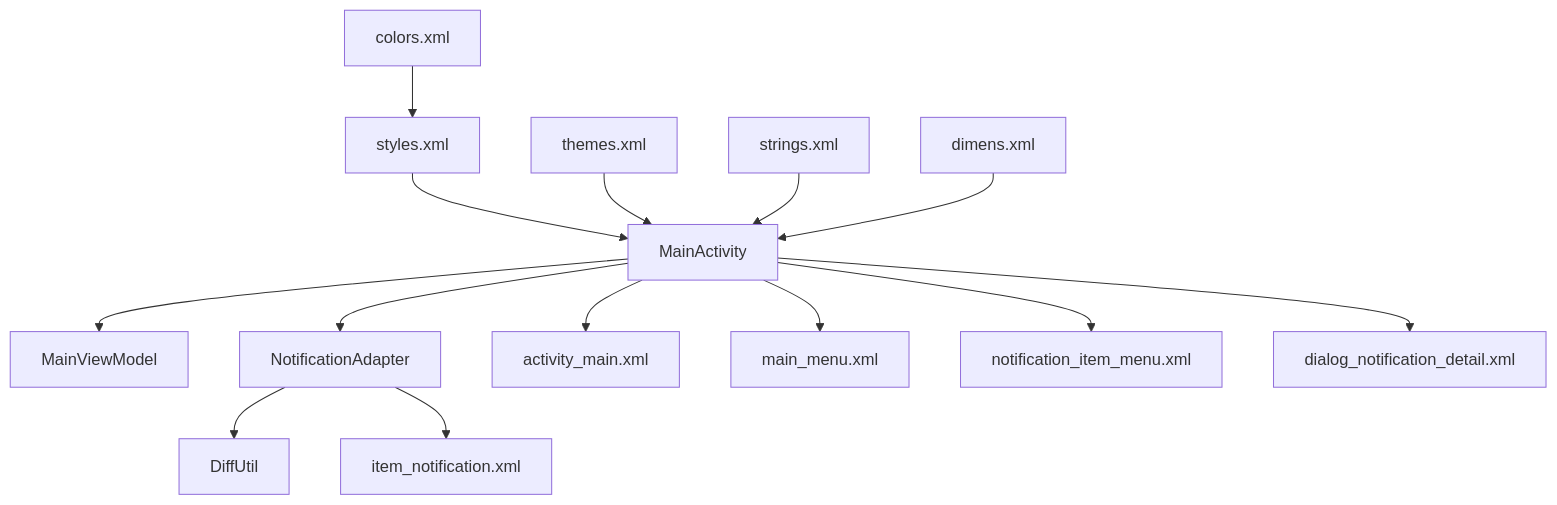
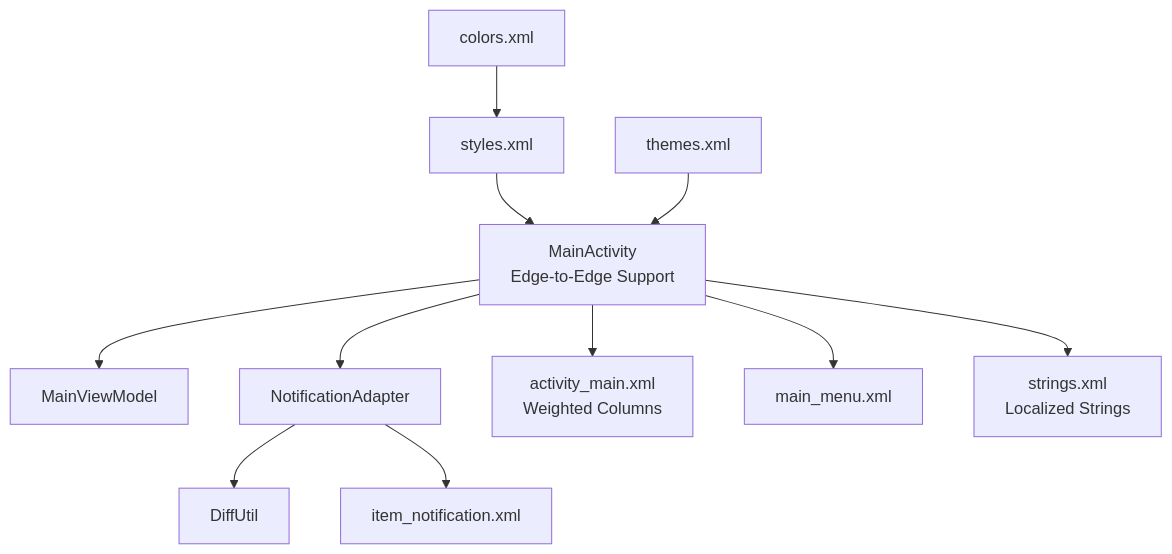
One commit to caldefoc/NotificationLog changed the sixth of 7 diagrams in .qoder/repowiki/en/content/User Interface/User Interface.md. Above: the diagram before and after it, drawn with Mermaid. The commit also changed other lines of this file and 13 other files, not shown here.

````diff
--- a/.qoder/repowiki/en/content/User Interface/User Interface.md
+++ b/.qoder/repowiki/en/content/User Interface/User Interface.md
@@ -322,16 +335,13 @@
 ```mermaid
 graph TB
-MA["MainActivity"] --> VM["MainViewModel"]
+MA["MainActivity<br/>Edge-to-Edge Support"] --> VM["MainViewModel"]
 MA --> AD["NotificationAdapter"]
 AD --> DI["DiffUtil"]
-MA --> L1["activity_main.xml"]
+MA --> L1["activity_main.xml<br/>Weighted Columns"]
 AD --> L2["item_notification.xml"]
 MA --> M1["main_menu.xml"]
-MA --> M2["notification_item_menu.xml"]
-MA --> D1["dialog_notification_detail.xml"]
+MA --> SR["strings.xml<br/>Localized Strings"]
 ST["styles.xml"] --> MA
 TH["themes.xml"] --> MA
 CL["colors.xml"] --> ST
-SR["strings.xml"] --> MA
-DM["dimens.xml"] --> MA
 ```
````
